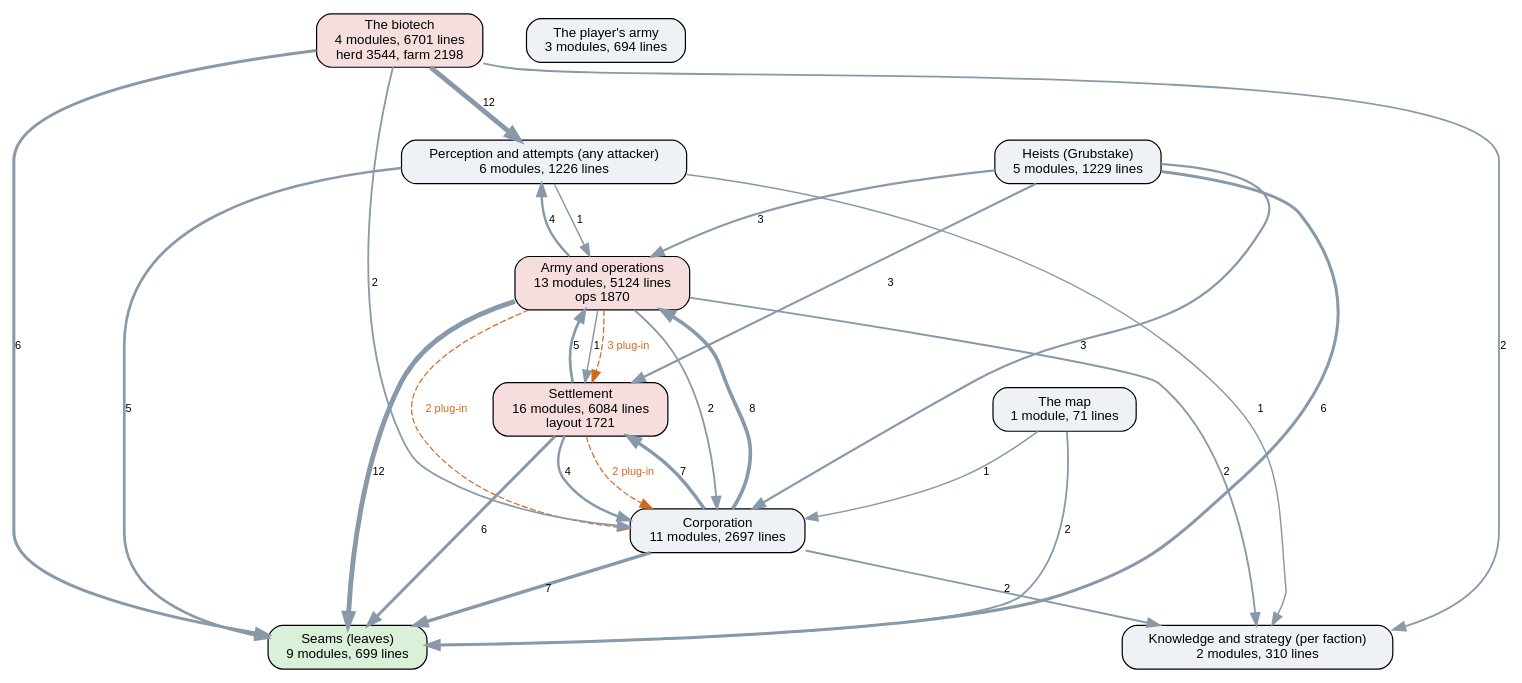
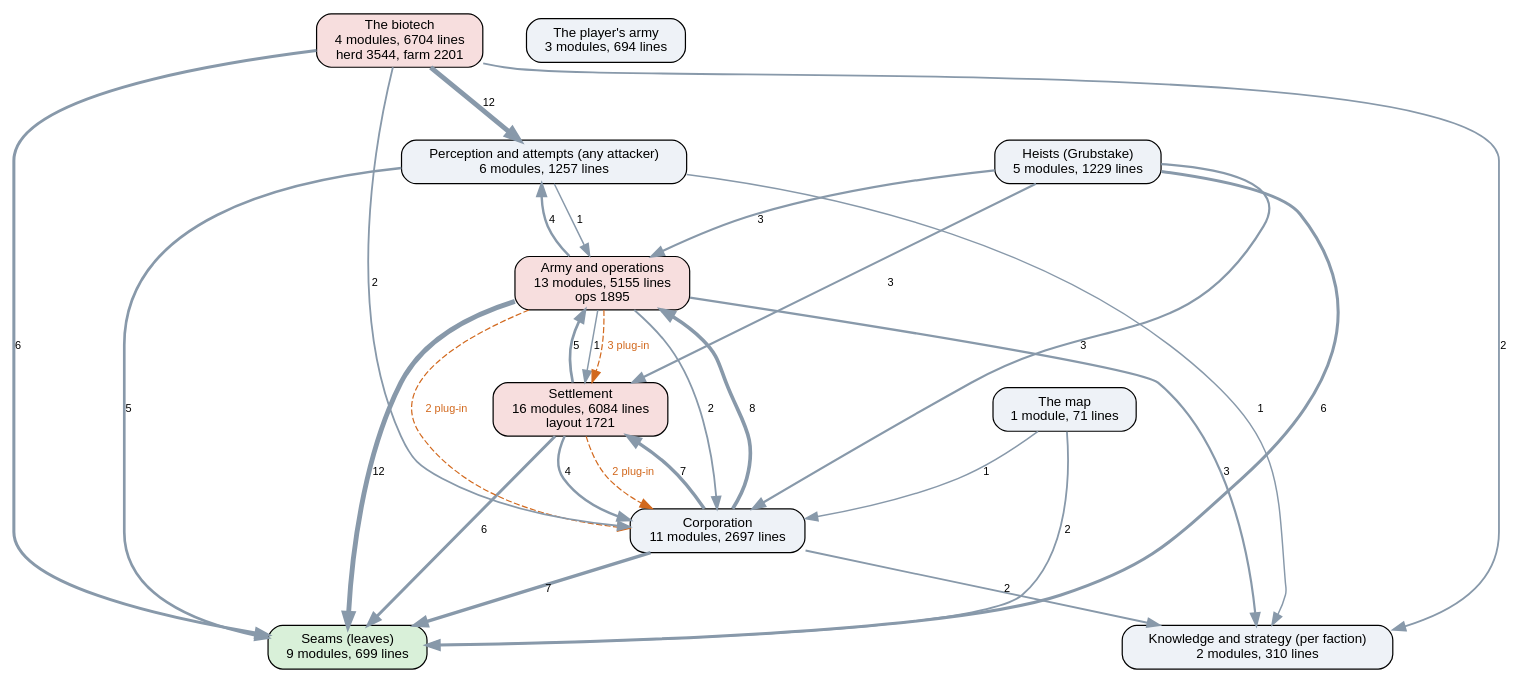
The diagram in docs/ai-layers.dot (kinelhu/landing-party), drawn with Graphviz before and after one commit. The commit also changed 12 other files, not shown here.

```diff
--- a/docs/ai-layers.dot
+++ b/docs/ai-layers.dot
@@ -1,43 +1,43 @@
 digraph layers {
   graph [rankdir=TB, fontname="Helvetica", nodesep=0.5, ranksep=0.7];
   node [shape=box, style="rounded,filled", fontname="Helvetica", fontsize=11, fillcolor="#eef2f7"];
   edge [color="#8899aa", fontname="Helvetica", fontsize=9];
   "Seams (leaves)" [label="Seams (leaves)\n9 modules, 699 lines", fillcolor="#d9f0d9"];
-  "Perception and attempts (any attacker)" [label="Perception and attempts (any attacker)\n6 modules, 1226 lines", fillcolor="#eef2f7"];
+  "Perception and attempts (any attacker)" [label="Perception and attempts (any attacker)\n6 modules, 1257 lines", fillcolor="#eef2f7"];
   "Knowledge and strategy (per faction)" [label="Knowledge and strategy (per faction)\n2 modules, 310 lines", fillcolor="#eef2f7"];
   "Corporation" [label="Corporation\n11 modules, 2697 lines", fillcolor="#eef2f7"];
   "Settlement" [label="Settlement\n16 modules, 6084 lines\nlayout 1721", fillcolor="#f7dede"];
-  "Army and operations" [label="Army and operations\n13 modules, 5124 lines\nops 1870", fillcolor="#f7dede"];
+  "Army and operations" [label="Army and operations\n13 modules, 5155 lines\nops 1895", fillcolor="#f7dede"];
   "Heists (Grubstake)" [label="Heists (Grubstake)\n5 modules, 1229 lines", fillcolor="#eef2f7"];
-  "The biotech" [label="The biotech\n4 modules, 6701 lines\nherd 3544, farm 2198", fillcolor="#f7dede"];
+  "The biotech" [label="The biotech\n4 modules, 6704 lines\nherd 3544, farm 2201", fillcolor="#f7dede"];
   "The map" [label="The map\n1 module, 71 lines", fillcolor="#eef2f7"];
   "The player's army" [label="The player's army\n3 modules, 694 lines", fillcolor="#eef2f7"];
   "Army and operations" -> "Corporation" [label="2", penwidth=1.5];
-  "Army and operations" -> "Knowledge and strategy (per faction)" [label="2", penwidth=1.5];
+  "Army and operations" -> "Knowledge and strategy (per faction)" [label="3", penwidth=1.8];
   "Army and operations" -> "Perception and attempts (any attacker)" [label="4", penwidth=2.0];
   "Army and operations" -> "Seams (leaves)" [label="12", penwidth=4.0];
   "Army and operations" -> "Settlement" [label="1", penwidth=1.2];
   "Corporation" -> "Army and operations" [label="8", penwidth=3.0];
   "Corporation" -> "Knowledge and strategy (per faction)" [label="2", penwidth=1.5];
   "Corporation" -> "Seams (leaves)" [label="7", penwidth=2.8];
   "Corporation" -> "Settlement" [label="7", penwidth=2.8];
   "Heists (Grubstake)" -> "Army and operations" [label="3", penwidth=1.8];
   "Heists (Grubstake)" -> "Corporation" [label="3", penwidth=1.8];
   "Heists (Grubstake)" -> "Seams (leaves)" [label="6", penwidth=2.5];
   "Heists (Grubstake)" -> "Settlement" [label="3", penwidth=1.8];
   "Perception and attempts (any attacker)" -> "Army and operations" [label="1", penwidth=1.2];
   "Perception and attempts (any attacker)" -> "Knowledge and strategy (per faction)" [label="1", penwidth=1.2];
   "Perception and attempts (any attacker)" -> "Seams (leaves)" [label="5", penwidth=2.2];
   "Settlement" -> "Army and operations" [label="5", penwidth=2.2];
   "Settlement" -> "Corporation" [label="4", penwidth=2.0];
   "Settlement" -> "Seams (leaves)" [label="6", penwidth=2.5];
   "The biotech" -> "Corporation" [label="2", penwidth=1.5];
   "The biotech" -> "Knowledge and strategy (per faction)" [label="2", penwidth=1.5];
   "The biotech" -> "Perception and attempts (any attacker)" [label="12", penwidth=4.0];
   "The biotech" -> "Seams (leaves)" [label="6", penwidth=2.5];
   "The map" -> "Corporation" [label="1", penwidth=1.2];
   "The map" -> "Seams (leaves)" [label="2", penwidth=1.5];
   "Army and operations" -> "Corporation" [style=dashed, color="#d2691e", fontcolor="#d2691e", label="2 plug-in"];
   "Army and operations" -> "Settlement" [style=dashed, color="#d2691e", fontcolor="#d2691e", label="3 plug-in"];
   "Settlement" -> "Corporation" [style=dashed, color="#d2691e", fontcolor="#d2691e", label="2 plug-in"];
 }
```
